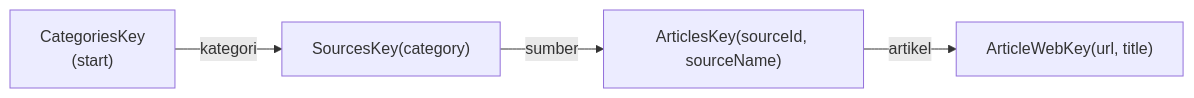
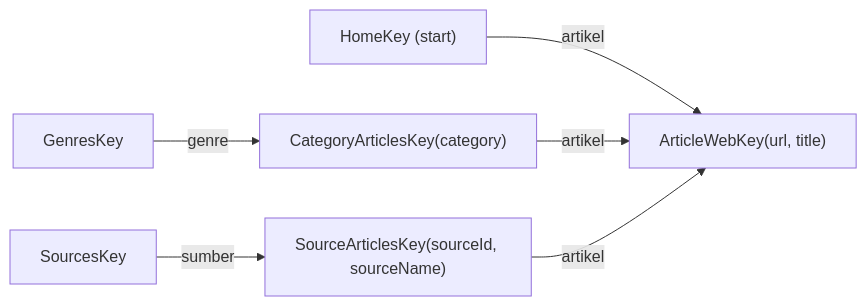
The second of 6 diagrams in docs/architecture_engineering_decisions.md (halimjr11/beacon), drawn with Mermaid before and after one commit. The commit also changed other lines of this file and 60 other files, not shown here.

First line of the commit message:
Add app shell and features: Home, Genres, Sources, Articles, Web

````diff
--- a/docs/architecture_engineering_decisions.md
+++ b/docs/architecture_engineering_decisions.md
@@ -110,6 +115,8 @@
 ```mermaid
 graph LR
-    C["CategoriesKey<br/>(start)"] -->|kategori| S["SourcesKey(category)"]
-    S -->|sumber| A["ArticlesKey(sourceId, sourceName)"]
-    A -->|artikel| W["ArticleWebKey(url, title)"]
+    H["HomeKey (start)"] -->|artikel| W["ArticleWebKey(url, title)"]
+    G["GenresKey"] -->|genre| CA["CategoryArticlesKey(category)"]
+    S["SourcesKey"] -->|sumber| SA["SourceArticlesKey(sourceId, sourceName)"]
+    CA -->|artikel| W
+    SA -->|artikel| W
 ```
````
